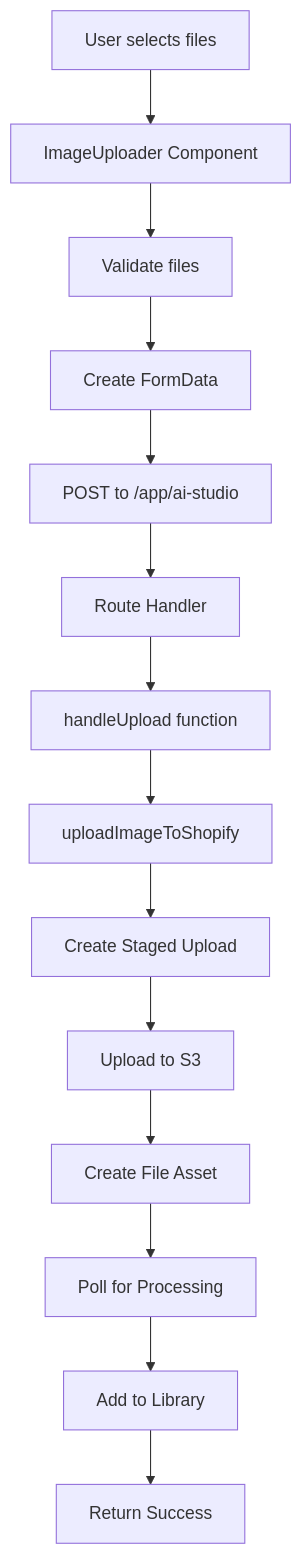
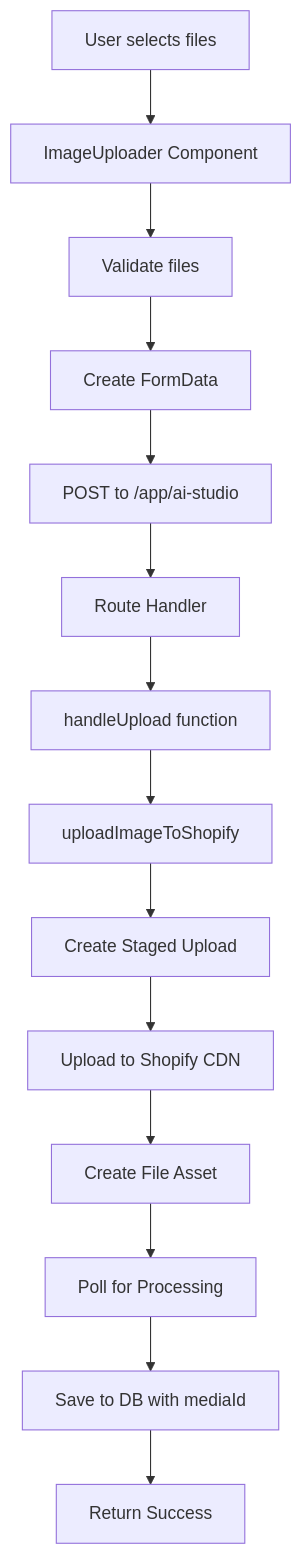
The first of 2 diagrams in docs/UPLOAD_TESTING_GUIDE.md (Dreamshot-io/shopify-model-swap-app), drawn with Mermaid before and after one commit. The commit also changed other lines of this file and 9 other files, not shown here.

First line of the commit message:
fix: ensure images uploaded to Shopify before library save, fix session persistence

````diff
--- a/docs/UPLOAD_TESTING_GUIDE.md
+++ b/docs/UPLOAD_TESTING_GUIDE.md
@@ -9,16 +10,16 @@
 ```mermaid
 graph TD
     A[User selects files] --> B[ImageUploader Component]
     B --> C[Validate files]
     C --> D[Create FormData]
     D --> E[POST to /app/ai-studio]
     E --> F[Route Handler]
     F --> G[handleUpload function]
     G --> H[uploadImageToShopify]
     H --> I[Create Staged Upload]
-    I --> J[Upload to S3]
+    I --> J[Upload to Shopify CDN]
     J --> K[Create File Asset]
     K --> L[Poll for Processing]
-    L --> M[Add to Library]
+    L --> M[Save to DB with mediaId]
     M --> N[Return Success]
 ```
````
